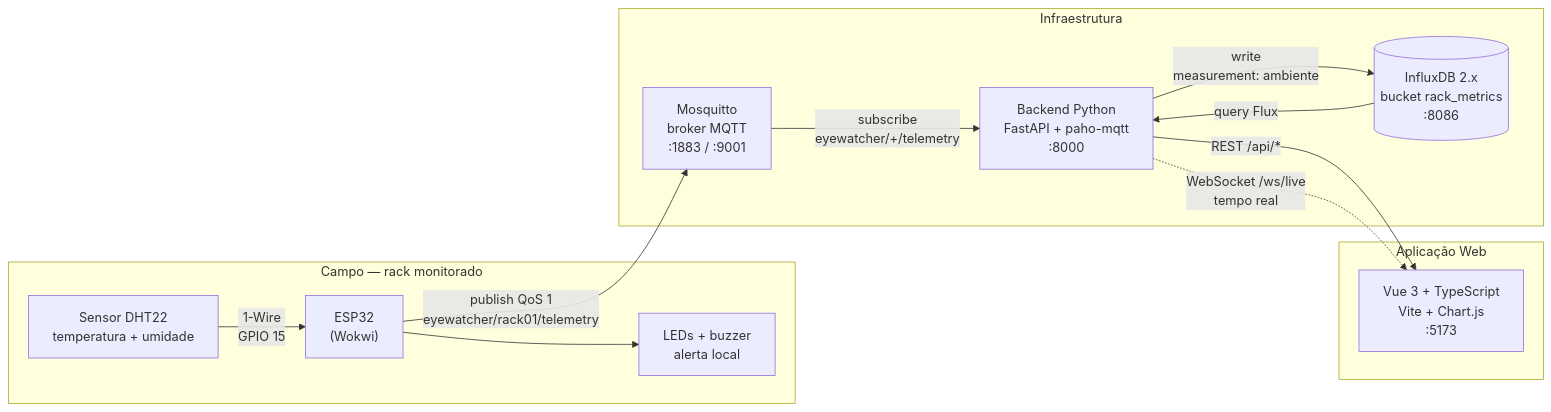
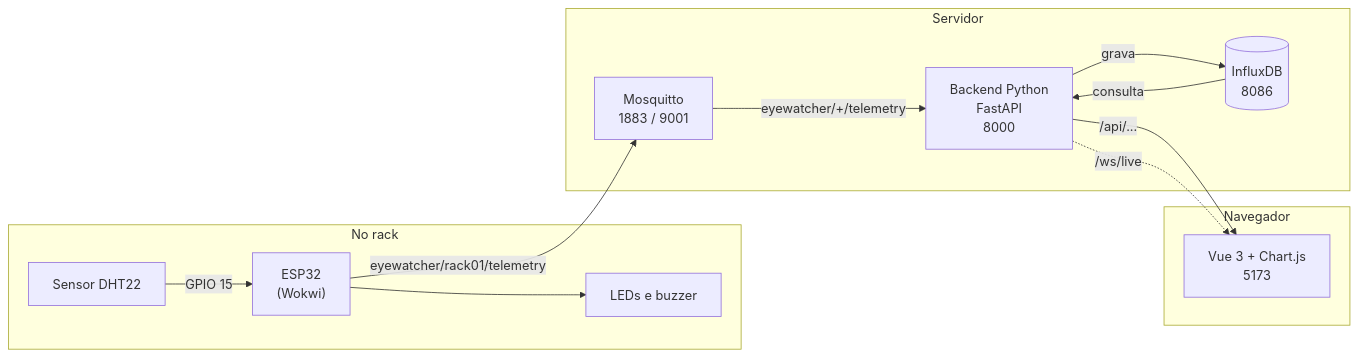
Before and after one commit to dudumiranda3105/eyeWatcher: the first of 3 diagrams in docs/ARQUITETURA.md, drawn with Mermaid. The commit also changed other lines of this file and 3 other files, not shown here.

````diff
--- a/docs/ARQUITETURA.md
+++ b/docs/ARQUITETURA.md
@@ -5,27 +5,27 @@
 ```mermaid
 flowchart LR
-    subgraph campo["Campo — rack monitorado"]
-        DHT["Sensor DHT22<br/>temperatura + umidade"]
+    subgraph campo["No rack"]
+        DHT["Sensor DHT22"]
         ESP["ESP32<br/>(Wokwi)"]
-        LED["LEDs + buzzer<br/>alerta local"]
-        DHT -->|1-Wire<br/>GPIO 15| ESP
+        LED["LEDs e buzzer"]
+        DHT -->|GPIO 15| ESP
         ESP --> LED
     end
 
-    subgraph infra["Infraestrutura"]
-        MOSQ["Mosquitto<br/>broker MQTT<br/>:1883 / :9001"]
-        PY["Backend Python<br/>FastAPI + paho-mqtt<br/>:8000"]
-        DB[("InfluxDB 2.x<br/>bucket rack_metrics<br/>:8086")]
+    subgraph infra["Servidor"]
+        MOSQ["Mosquitto<br/>1883 / 9001"]
+        PY["Backend Python<br/>FastAPI<br/>8000"]
+        DB[("InfluxDB<br/>8086")]
     end
 
-    subgraph web["Aplicação Web"]
-        VUE["Vue 3 + TypeScript<br/>Vite + Chart.js<br/>:5173"]
+    subgraph web["Navegador"]
+        VUE["Vue 3 + Chart.js<br/>5173"]
     end
 
-    ESP -->|"publish QoS 1<br/>eyewatcher/rack01/telemetry"| MOSQ
-    MOSQ -->|"subscribe<br/>eyewatcher/+/telemetry"| PY
-    PY -->|"write<br/>measurement: ambiente"| DB
-    DB -->|"query Flux"| PY
-    PY -->|"REST /api/*"| VUE
-    PY -.->|"WebSocket /ws/live<br/>tempo real"| VUE
+    ESP -->|"eyewatcher/rack01/telemetry"| MOSQ
+    MOSQ -->|"eyewatcher/+/telemetry"| PY
+    PY -->|"grava"| DB
+    DB -->|"consulta"| PY
+    PY -->|"/api/..."| VUE
+    PY -.->|"/ws/live"| VUE
 ```
````
